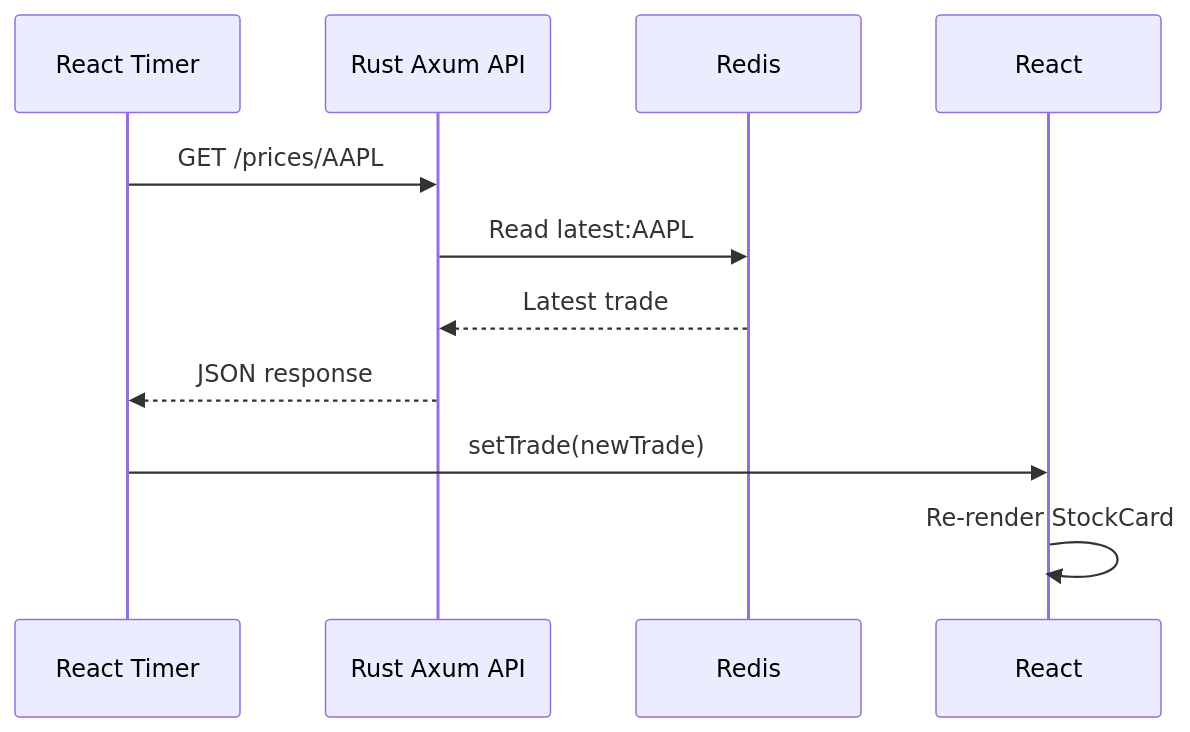
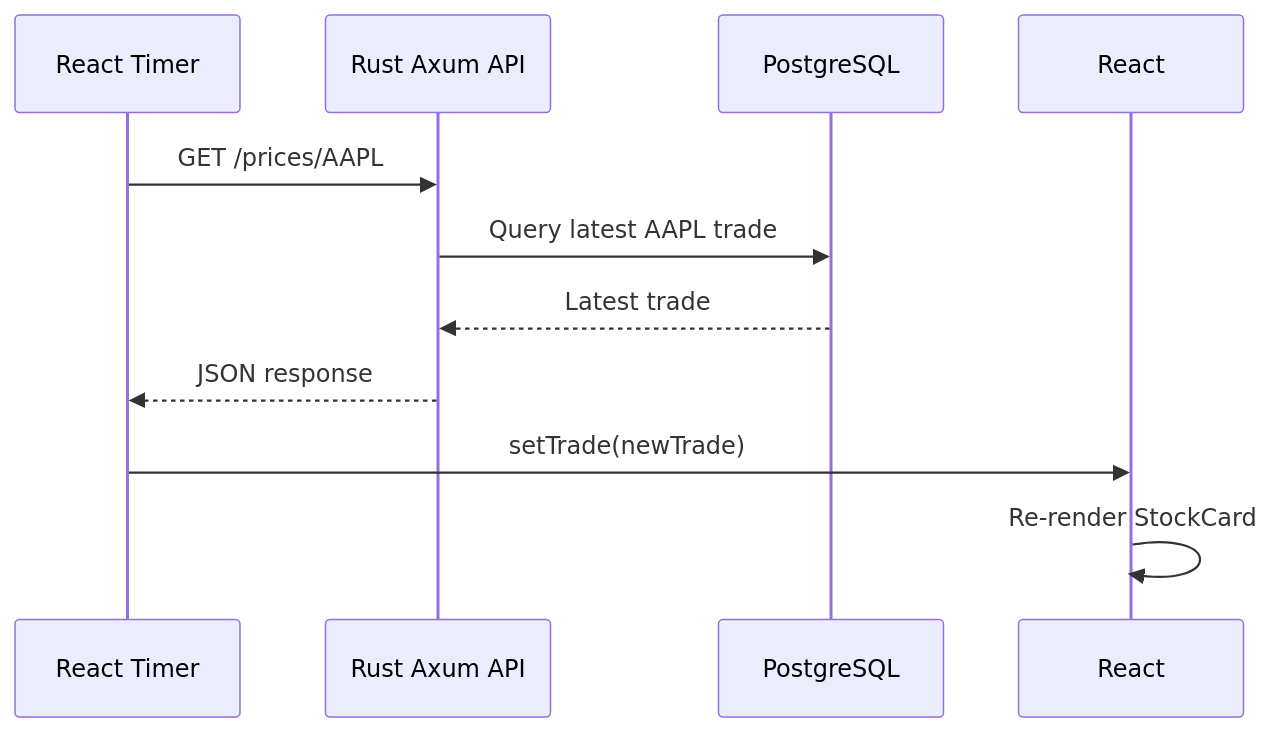
Before and after one commit to tpcleary19/market-pipeline-dashboard: the third of 3 diagrams in README.md, drawn with Mermaid. The commit also changed other lines of this file and 3 other files, not shown here.

````diff
--- a/README.md
+++ b/README.md
@@ -130,14 +141,14 @@
 ```mermaid
 sequenceDiagram
     participant Timer as React Timer
     participant API as Rust Axum API
-    participant Redis
+    participant DB as PostgreSQL
     participant React
 
     Timer->>API: GET /prices/AAPL
-    API->>Redis: Read latest:AAPL
-    Redis-->>API: Latest trade
+    API->>DB: Query latest AAPL trade
+    DB-->>API: Latest trade
     API-->>Timer: JSON response
     Timer->>React: setTrade(newTrade)
     React->>React: Re-render StockCard
 ```
````
